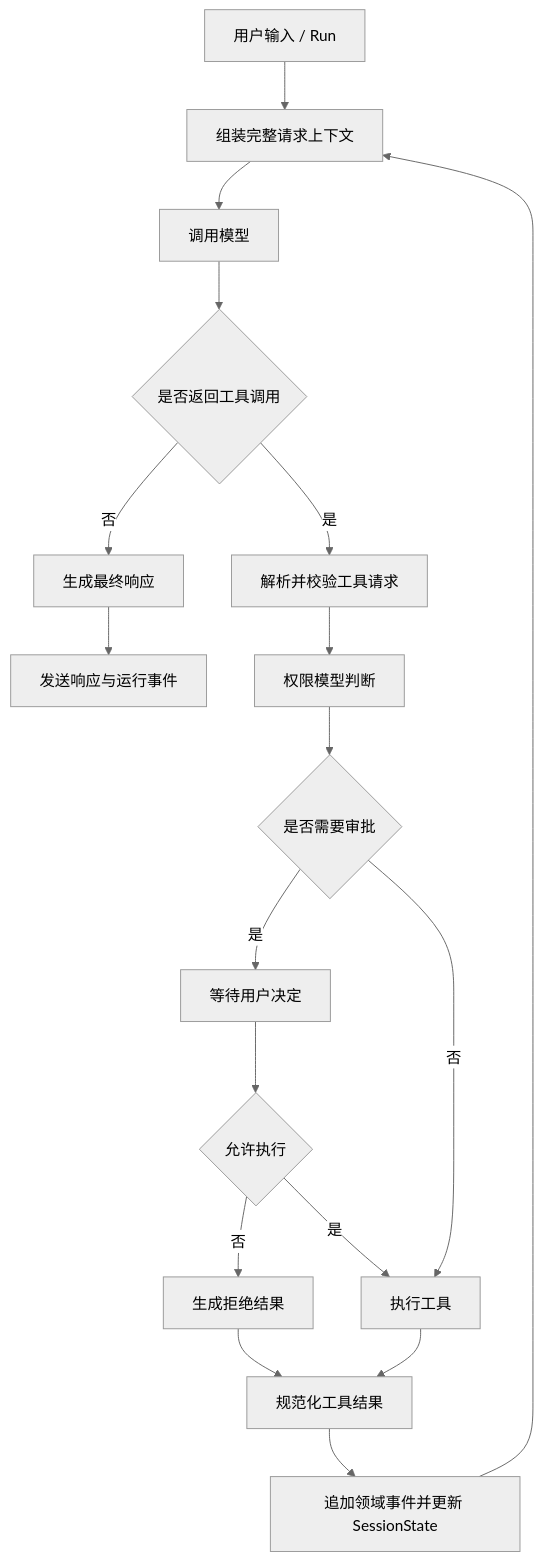
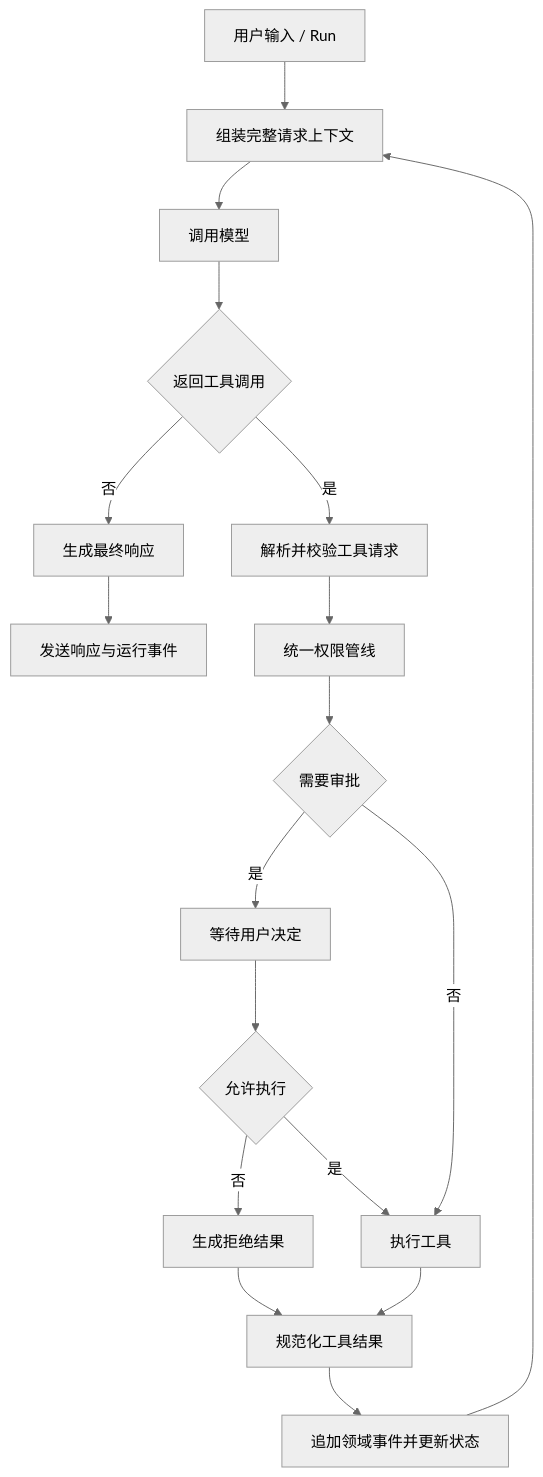
Before and after one commit to codingayice/my-claude-code: the first of 6 diagrams in README.md, drawn with Mermaid (neutral theme). The commit also changed other lines of this file and 17 other files, not shown here.

````diff
--- a/README.md
+++ b/README.md
@@ -36,20 +184,20 @@
 ```mermaid
 flowchart TD
     Input["用户输入 / Run"] --> Prepare["组装完整请求上下文"]
     Prepare --> Model["调用模型"]
-    Model --> Decision{"是否返回工具调用"}
+    Model --> Decision{"返回工具调用"}
     Decision -- "否" --> Final["生成最终响应"]
     Decision -- "是" --> Parse["解析并校验工具请求"]
-    Parse --> Permission["权限模型判断"]
-    Permission --> Approval{"是否需要审批"}
+    Parse --> Permission["统一权限管线"]
+    Permission --> Approval{"需要审批"}
     Approval -- "是" --> User["等待用户决定"]
     User --> Approved{"允许执行"}
     Approved -- "否" --> Denied["生成拒绝结果"]
     Approved -- "是" --> Execute["执行工具"]
     Approval -- "否" --> Execute
     Execute --> Result["规范化工具结果"]
     Denied --> Result
-    Result --> Record["追加领域事件并更新 SessionState"]
+    Result --> Record["追加领域事件并更新状态"]
     Record --> Prepare
     Final --> Events["发送响应与运行事件"]
 ```
````
